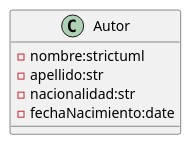
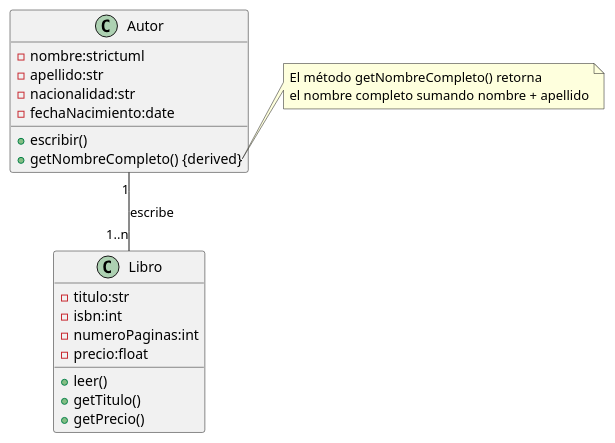
Before and after one commit to IES-Rafael-Alberti/2526-u3-3-1-diagramaclases-Maiio268: the diagram in src/ej_1.pu, drawn with PlantUML. The commit also changed 5 other files, not shown here.

```diff
--- a/src/ej_1.pu
+++ b/src/ej_1.pu
@@ -1,10 +1,29 @@
 @startuml ej_1
 
 class Autor {
     - nombre:strictuml
     - apellido:str
     - nacionalidad:str
     - fechaNacimiento:date
+
+    + escribir()
+    + getNombreCompleto() {derived}
 }
+class Libro {
+    - titulo:str
+    - isbn:int
+    - numeroPaginas:int
+    - precio:float
+
+    + leer()
+    + getTitulo()
+    + getPrecio()
+}
+Autor "1" -- "1..n" Libro : escribe
+
+note right of Autor::getNombreCompleto()
+    El método getNombreCompleto() retorna
+    el nombre completo sumando nombre + apellido
+end note
 
 @enduml
```
